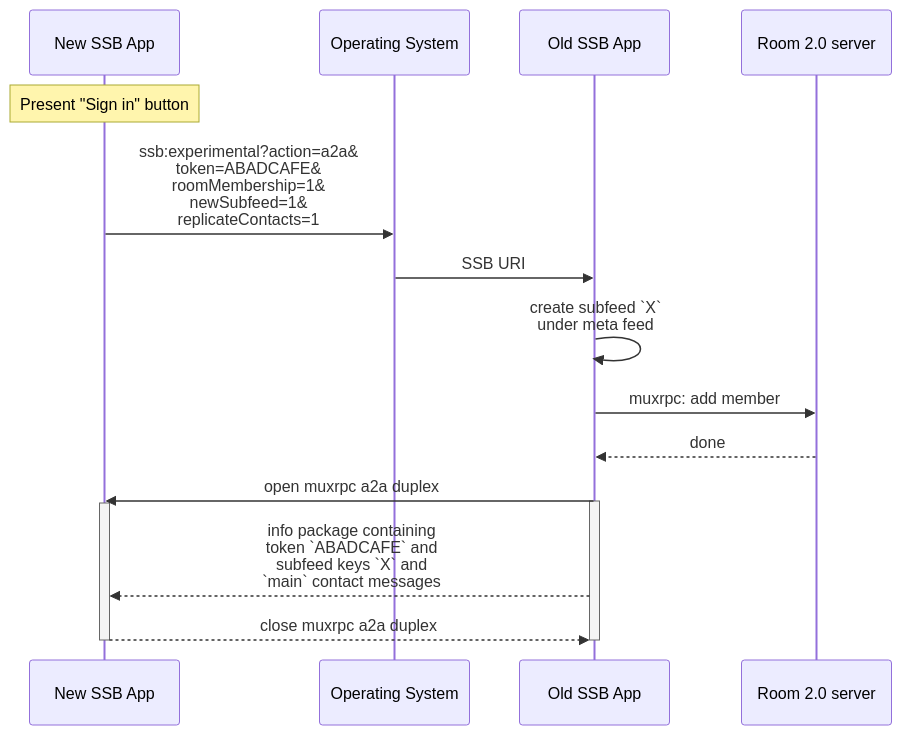
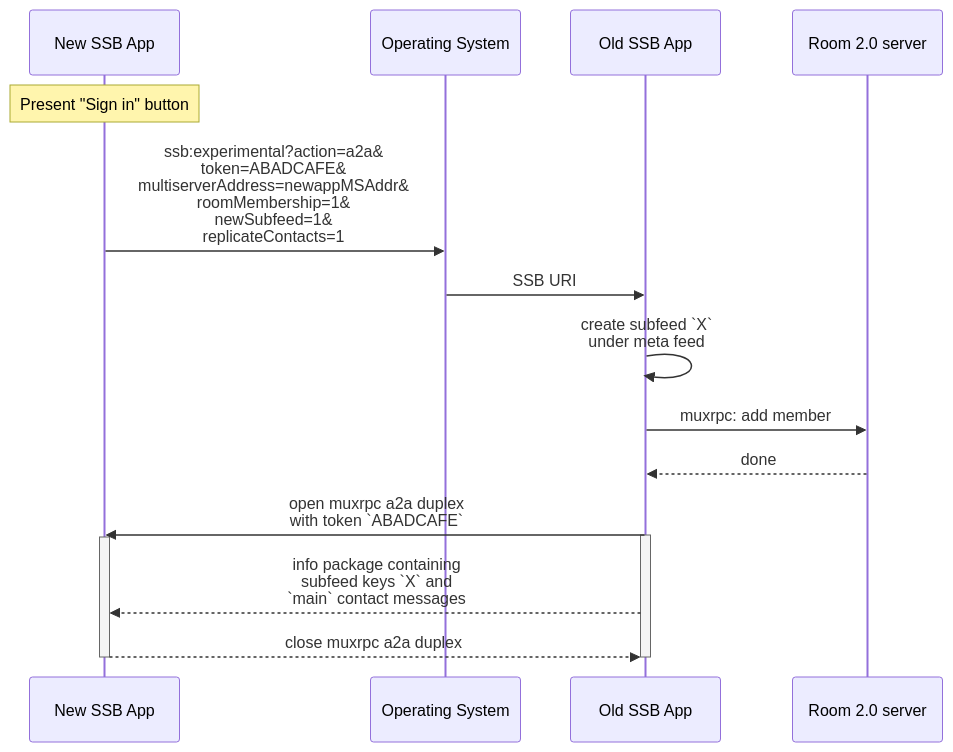
The first of 3 diagrams in Examples.md (ssb-ngi-pointer/a2a-spec-archived), drawn with Mermaid before and after one commit. The commit also changed other lines of this file and 3 other files, not shown here.

Commit message:
a2a duplex needs an argument, the token

````diff
--- a/Examples.md
+++ b/Examples.md
@@ -7,21 +7,21 @@
 ```mermaid
 sequenceDiagram
   participant new as New SSB App
   participant os as Operating System
   participant old as Old SSB App
   participant room as Room 2.0 server
 
   Note over new: Present "Sign in" button
-  new->>os: ssb:experimental?action=a2a&<br/>token=ABADCAFE&<br/>roomMembership=1&<br/>newSubfeed=1&<br/>replicateContacts=1
+  new->>os: ssb:experimental?action=a2a&<br/>token=ABADCAFE&<br/>multiserverAddress=newappMSAddr&<br/>roomMembership=1&<br/>newSubfeed=1&<br/>replicateContacts=1
   os->>old: SSB URI
   old->>old: create subfeed `X`<br/> under meta feed
   old->>room: muxrpc: add member
   room-->>old: done
-  old->>new: open muxrpc a2a duplex
+  old->>new: open muxrpc a2a duplex<br/>with token `ABADCAFE`
   activate old
   activate new
-  old-->>new: info package containing<br />token `ABADCAFE` and<br/> subfeed keys `X` and<br/>`main` contact messages
+  old-->>new: info package containing<br/>subfeed keys `X` and<br/>`main` contact messages
   new-->>old: close muxrpc a2a duplex
   deactivate new
   deactivate old
 ```
````
